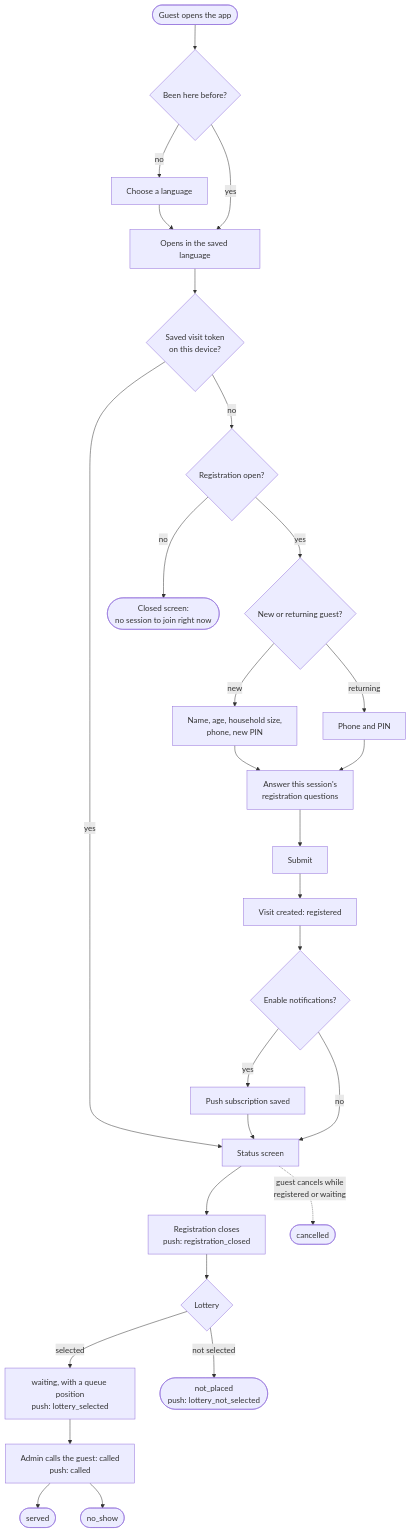
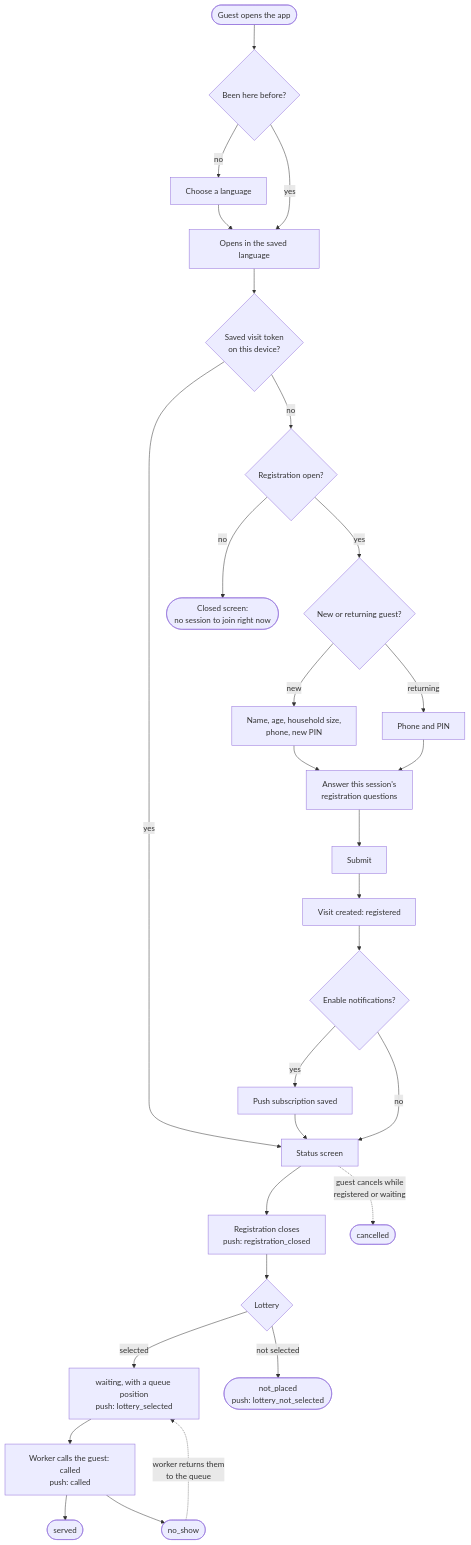
One commit to bay-compassion/food-market-app changed the diagram in docs/user-journey.md. Above: the diagram before and after it, drawn with Mermaid. The commit also changed other lines of this file and 21 other files, not shown here.

````diff
--- a/docs/user-journey.md
+++ b/docs/user-journey.md
@@ -17,37 +17,38 @@
 ```mermaid
 flowchart TD
     open([Guest opens the app]) --> seen{Been here before?}
     seen -- no --> pick[Choose a language]
     seen -- yes --> saved[Opens in the saved language]
     pick --> saved
 
     saved --> hasVisit{Saved visit token<br/>on this device?}
     hasVisit -- yes --> status[Status screen]
     hasVisit -- no --> canRegister{Registration open?}
 
     canRegister -- no --> closed([Closed screen:<br/>no session to join right now])
     canRegister -- yes --> kind{New or returning guest?}
 
     kind -- new --> newForm[Name, age, household size,<br/>phone, new PIN]
     kind -- returning --> returningForm[Phone and PIN]
     newForm --> questions[Answer this session's<br/>registration questions]
     returningForm --> questions
     questions --> submit[Submit]
 
     submit --> registered[Visit created: registered]
     registered --> offer{Enable notifications?}
     offer -- yes --> subscribed[Push subscription saved]
     offer -- no --> status
     subscribed --> status
 
     status --> regClosed[Registration closes<br/>push: registration_closed]
     regClosed --> lottery{Lottery}
     lottery -- selected --> waiting[waiting, with a queue position<br/>push: lottery_selected]
     lottery -- not selected --> notPlaced([not_placed<br/>push: lottery_not_selected])
 
-    waiting --> called[Admin calls the guest: called<br/>push: called]
+    waiting --> called[Worker calls the guest: called<br/>push: called]
     called --> served([served])
     called --> noShow([no_show])
+    noShow -. "worker returns them<br/>to the queue" .-> waiting
 
     status -. "guest cancels while<br/>registered or waiting" .-> cancelled([cancelled])
 ```
````
